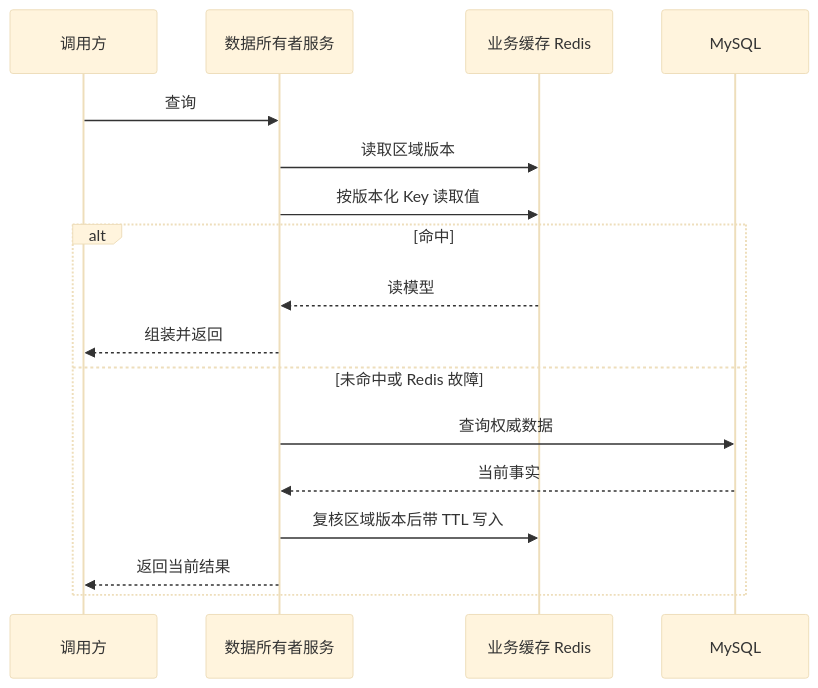
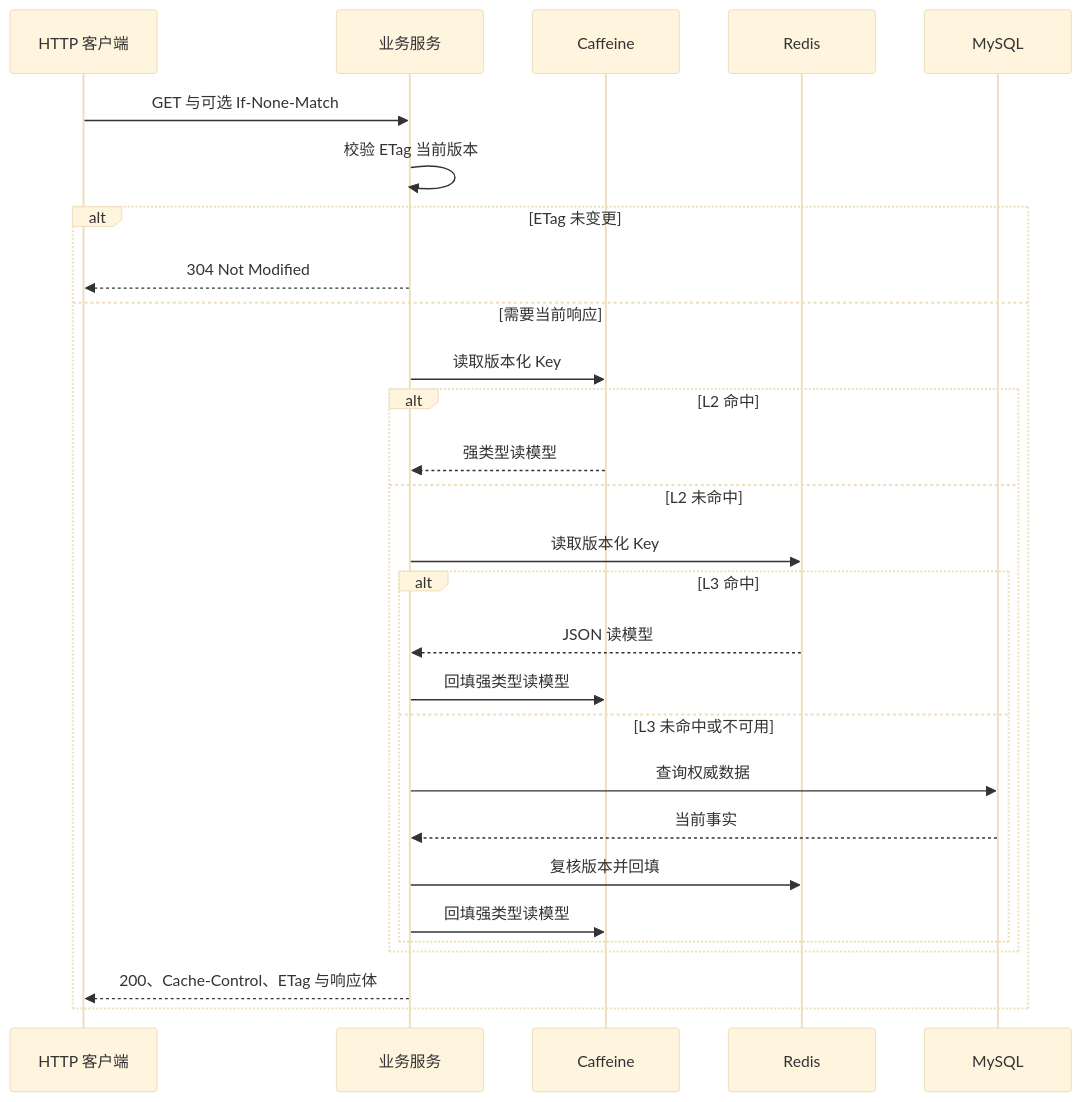
Before and after one commit to Dorian7Alden/LeetModel: the second of 3 diagrams in docs/project/02-架构设计/缓存策略.md, drawn with Mermaid (base theme). The commit also changed other lines of this file and 2 other files, not shown here.

Commit message:
docs(cache): 调整三级缓存设计

````diff
--- a/docs/project/02-架构设计/缓存策略.md
+++ b/docs/project/02-架构设计/缓存策略.md
@@ -114,20 +174,31 @@
 ```mermaid
 sequenceDiagram
-    participant C as 调用方
-    participant S as 数据所有者服务
-    participant R as 业务缓存 Redis
+    participant C as HTTP 客户端
+    participant S as 业务服务
+    participant L2 as Caffeine
+    participant L3 as Redis
     participant D as MySQL
 
-    C->>S: 查询
-    S->>R: 读取区域版本
-    S->>R: 按版本化 Key 读取值
-    alt 命中
-        R-->>S: 读模型
-        S-->>C: 组装并返回
-    else 未命中或 Redis 故障
-        S->>D: 查询权威数据
-        D-->>S: 当前事实
-        S->>R: 复核区域版本后带 TTL 写入
-        S-->>C: 返回当前结果
+    C->>S: GET 与可选 If-None-Match
+    S->>S: 校验 ETag 当前版本
+    alt ETag 未变更
+        S-->>C: 304 Not Modified
+    else 需要当前响应
+        S->>L2: 读取版本化 Key
+        alt L2 命中
+            L2-->>S: 强类型读模型
+        else L2 未命中
+            S->>L3: 读取版本化 Key
+            alt L3 命中
+                L3-->>S: JSON 读模型
+                S->>L2: 回填强类型读模型
+            else L3 未命中或不可用
+                S->>D: 查询权威数据
+                D-->>S: 当前事实
+                S->>L3: 复核版本并回填
+                S->>L2: 回填强类型读模型
+            end
+        end
+        S-->>C: 200、Cache-Control、ETag 与响应体
     end
 ```
````
